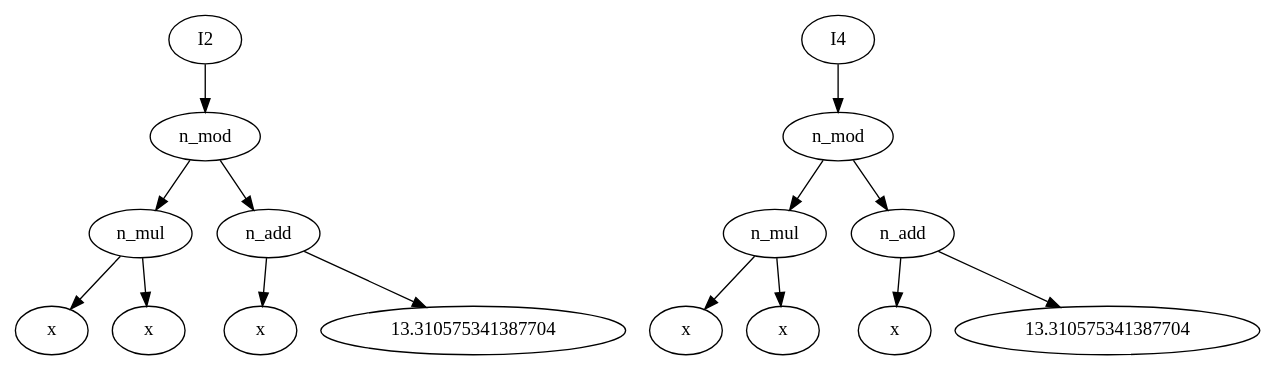
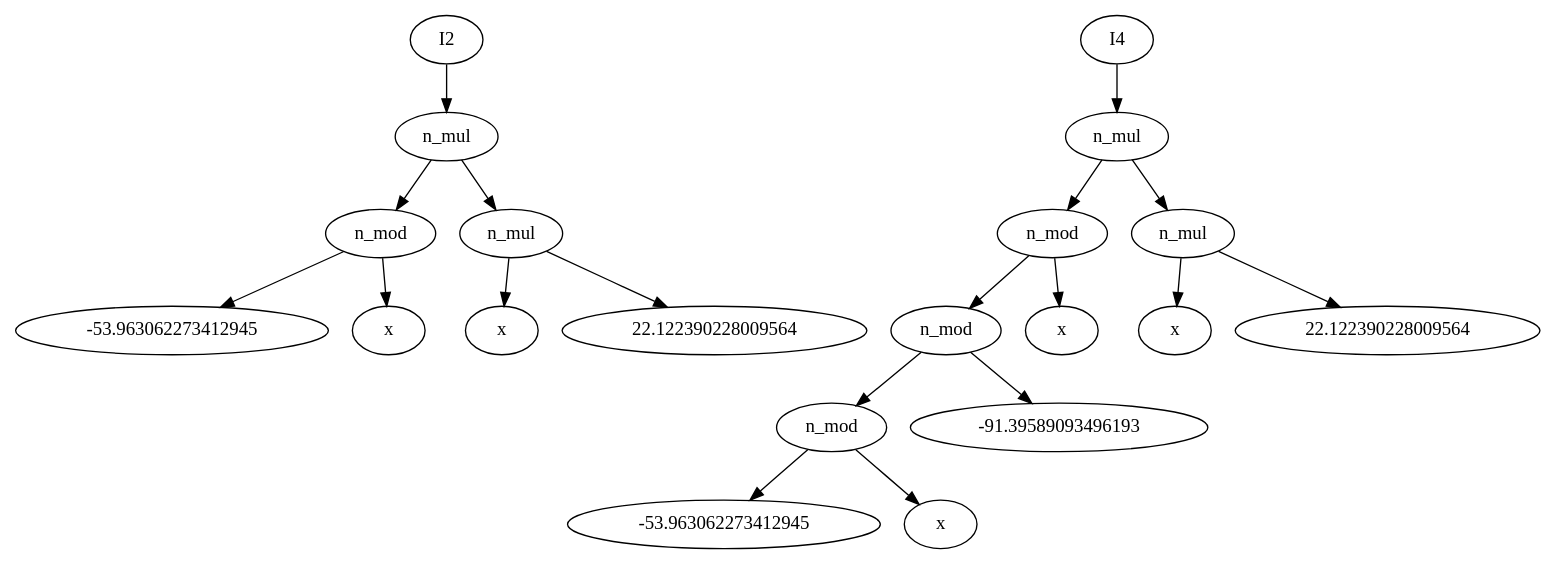
Before and after one commit to munifgebara/josilTs: the diagram in report/mates2.dot, drawn with Graphviz. The commit also changed 31 other files, not shown here.

```diff
--- a/report/mates2.dot
+++ b/report/mates2.dot
@@ -1,31 +1,39 @@
- digraph G20 {N47 [label="I2"];
-N47 -> N48;
-N48 [label="n_mod"];
-N48 -> N49;
-N49 [label="n_mul"];
-N49 -> N50;
-N50 [label="x"];
-N49 -> N51;
-N51 [label="x"];
-N48 -> N52;
-N52 [label="n_add"];
-N52 -> N53;
-N53 [label="x"];
-N52 -> N54;
-N54 [label="13.310575341387704"];
-N62 [label="I4"];
-N62 -> N259;
-N259 [label="n_mod"];
-N259 -> N266;
-N266 [label="n_mul"];
-N266 -> N269;
-N269 [label="x"];
-N266 -> N270;
-N270 [label="x"];
-N259 -> N271;
-N271 [label="n_add"];
-N271 -> N274;
-N274 [label="x"];
-N271 -> N275;
-N275 [label="13.310575341387704"];
+ digraph G20 {N37 [label="I2"];
+N37 -> N38;
+N38 [label="n_mul"];
+N38 -> N39;
+N39 [label="n_mod"];
+N39 -> N40;
+N40 [label="-53.963062273412945"];
+N39 -> N41;
+N41 [label="x"];
+N38 -> N42;
+N42 [label="n_mul"];
+N42 -> N43;
+N43 [label="x"];
+N42 -> N44;
+N44 [label="22.122390228009564"];
+N49 [label="I4"];
+N49 -> N187;
+N187 [label="n_mul"];
+N187 -> N194;
+N194 [label="n_mod"];
+N194 -> N223;
+N223 [label="n_mod"];
+N223 -> N226;
+N226 [label="n_mod"];
+N226 -> N229;
+N229 [label="-53.963062273412945"];
+N226 -> N230;
+N230 [label="x"];
+N223 -> N231;
+N231 [label="-91.39589093496193"];
+N194 -> N198;
+N198 [label="x"];
+N187 -> N199;
+N199 [label="n_mul"];
+N199 -> N202;
+N202 [label="x"];
+N199 -> N203;
+N203 [label="22.122390228009564"];
 }
```
